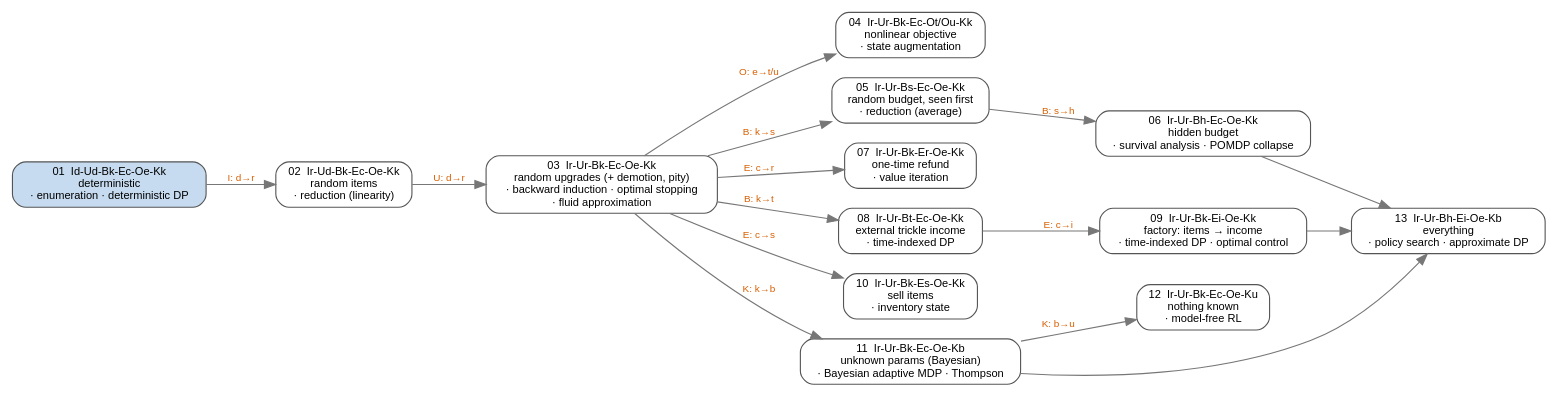
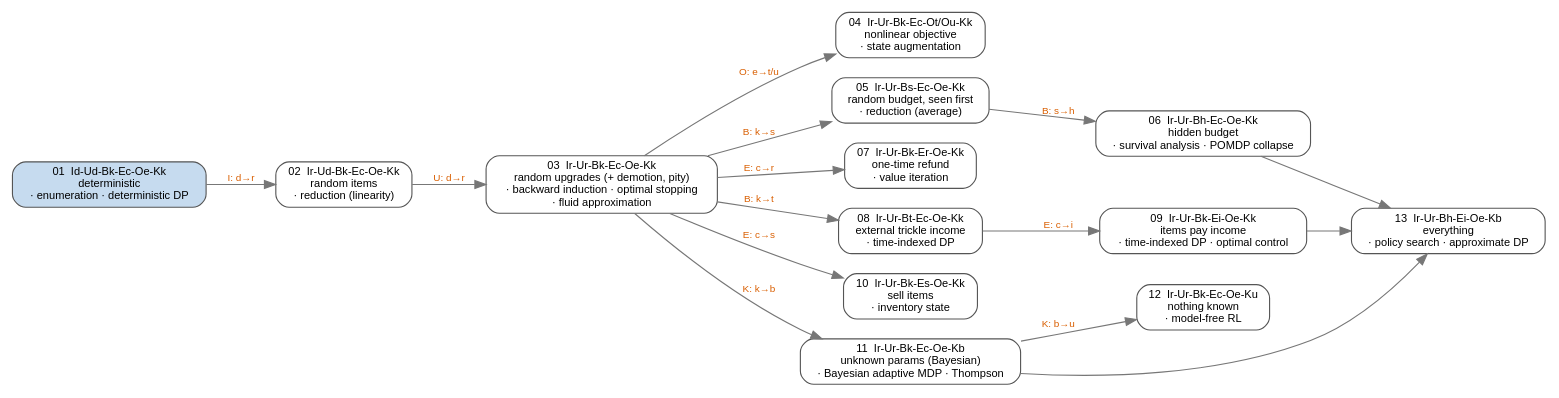
The diagram in probability/sequential_decision_making_under_uncertainty/figures/ladder_map.dot (ssarkar2/notes), drawn with Graphviz before and after one commit. The commit also changed 4 other files, not shown here.

First line of the commit message:
Relabel Ei as 'items pay income'; leftover coins count for nothing

```diff
--- a/probability/sequential_decision_making_under_uncertainty/figures/ladder_map.dot
+++ b/probability/sequential_decision_making_under_uncertainty/figures/ladder_map.dot
@@ -1,36 +1,36 @@
 // Ladder of problems: each edge = one axis loosened. Filled = built, white = planned.
 // Build: ./build.sh
 digraph ladder {
   rankdir=LR;
   graph [fontname="Helvetica", fontsize=11, nodesep=0.25, ranksep=0.5, bgcolor="white"];
   node  [shape=box, style="rounded,filled", fontname="Helvetica", fontsize=10, fillcolor="white", color="#555555"];
   edge  [fontname="Helvetica", fontsize=9, color="#777777", fontcolor="#d95f02"];
 
   // fillcolor "#c6dbef" = built
   p01 [label="01  Id-Ud-Bk-Ec-Oe-Kk\ndeterministic\n· enumeration · deterministic DP", fillcolor="#c6dbef"];
   p02 [label="02  Ir-Ud-Bk-Ec-Oe-Kk\nrandom items\n· reduction (linearity)"];
   p03 [label="03  Ir-Ur-Bk-Ec-Oe-Kk\nrandom upgrades (+ demotion, pity)\n· backward induction · optimal stopping\n· fluid approximation"];
   p04 [label="04  Ir-Ur-Bk-Ec-Ot/Ou-Kk\nnonlinear objective\n· state augmentation"];
   p05 [label="05  Ir-Ur-Bs-Ec-Oe-Kk\nrandom budget, seen first\n· reduction (average)"];
   p06 [label="06  Ir-Ur-Bh-Ec-Oe-Kk\nhidden budget\n· survival analysis · POMDP collapse"];
   p07 [label="07  Ir-Ur-Bk-Er-Oe-Kk\none-time refund\n· value iteration"];
   p08 [label="08  Ir-Ur-Bt-Ec-Oe-Kk\nexternal trickle income\n· time-indexed DP"];
-  p09 [label="09  Ir-Ur-Bk-Ei-Oe-Kk\nfactory: items → income\n· time-indexed DP · optimal control"];
+  p09 [label="09  Ir-Ur-Bk-Ei-Oe-Kk\nitems pay income\n· time-indexed DP · optimal control"];
   p10 [label="10  Ir-Ur-Bk-Es-Oe-Kk\nsell items\n· inventory state"];
   p11 [label="11  Ir-Ur-Bk-Ec-Oe-Kb\nunknown params (Bayesian)\n· Bayesian adaptive MDP · Thompson"];
   p12 [label="12  Ir-Ur-Bk-Ec-Oe-Ku\nnothing known\n· model-free RL"];
   p13 [label="13  Ir-Ur-Bh-Ei-Oe-Kb\neverything\n· policy search · approximate DP"];
 
   p01 -> p02 [label="I: d→r"];
   p02 -> p03 [label="U: d→r"];
   p03 -> p04 [label="O: e→t/u"];
   p03 -> p05 [label="B: k→s"];
   p05 -> p06 [label="B: s→h"];
   p03 -> p07 [label="E: c→r"];
   p03 -> p08 [label="B: k→t"];
   p08 -> p09 [label="E: c→i"];
   p03 -> p10 [label="E: c→s"];
   p03 -> p11 [label="K: k→b"];
   p11 -> p12 [label="K: b→u"];
   p06 -> p13; p09 -> p13; p11 -> p13;
 }
```
